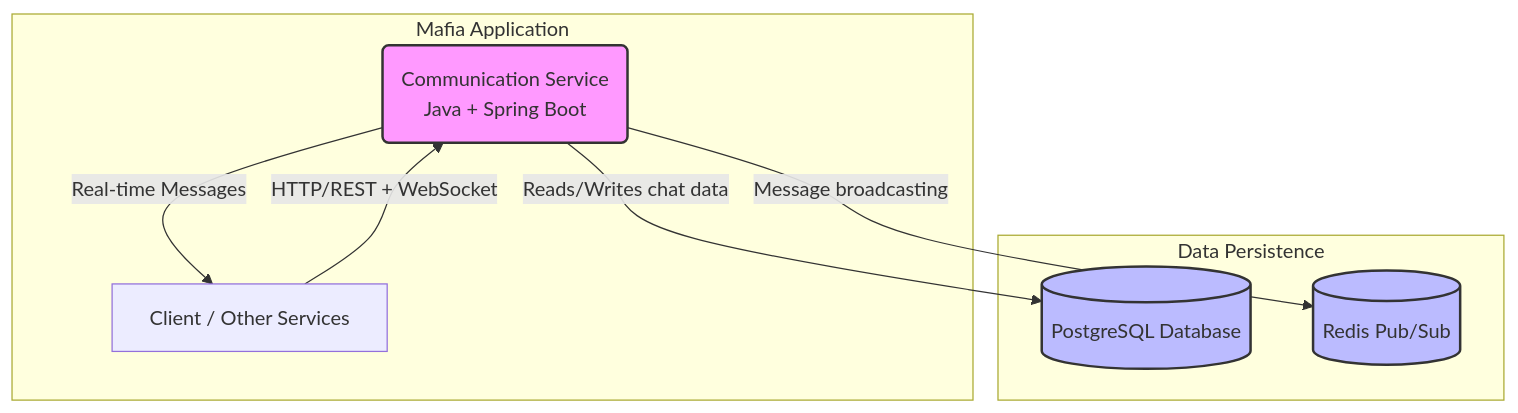
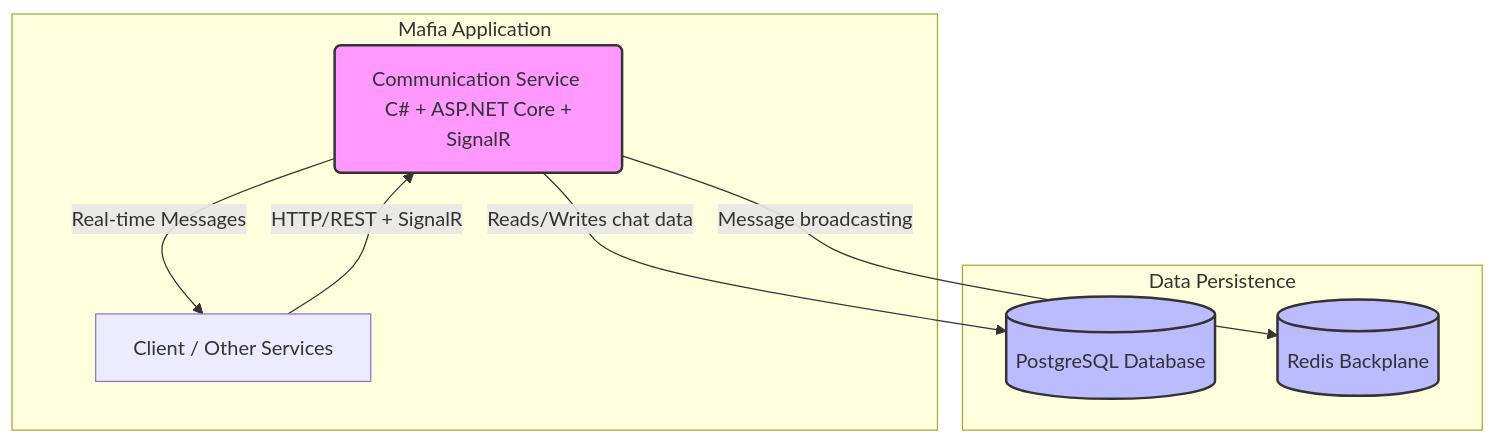
Before and after one commit to Flexksx/distributed_mafia_platform: the fourth of 4 diagrams in README.md, drawn with Mermaid. The commit also changed other lines of this file, not shown here.

Commit message:
updated Rumors and Communication services to C# tech stack

````diff
--- a/README.md
+++ b/README.md
@@ -400,22 +402,22 @@
 ```mermaid
 ---
 config:
   layout: dagre
 ---
 flowchart TD
  subgraph subGraph0["Mafia Application"]
-        B("Communication Service <br> Java + Spring Boot")
+        B("Communication Service <br> C# + ASP.NET Core + SignalR")
         A["Client / Other Services"]
   end
  subgraph subGraph2["Data Persistence"]
         D[("PostgreSQL Database")]
-        E[("Redis Pub/Sub")]
+        E[("Redis Backplane")]
   end
-    A -- HTTP/REST + WebSocket --> B
+    A -- HTTP/REST + SignalR --> B
     B -- Real-time Messages --> A
     B -- Reads/Writes chat data --> D
     B -- Message broadcasting --> E
     style B fill:#f9f,stroke:#333,stroke-width:2px
     style D fill:#bbf,stroke:#333,stroke-width:2px
     style E fill:#bbf,stroke:#333,stroke-width:2px
 ```
````
